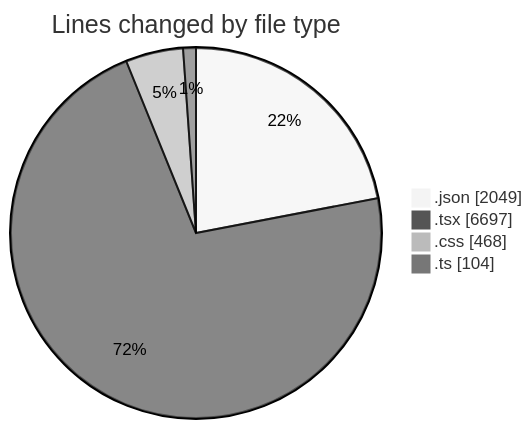
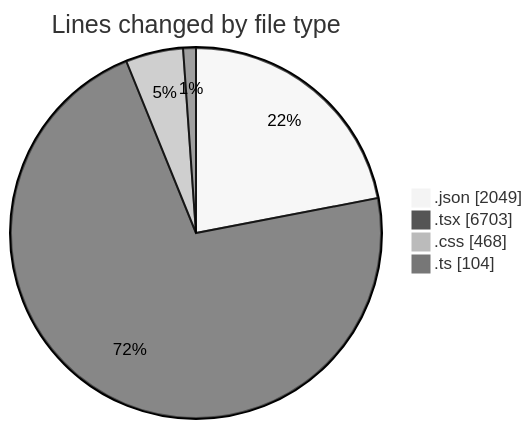
The first of 2 diagrams in 2025-08-14/ribbon/README.md (EIIisD/code-tracking), drawn with Mermaid (neutral theme) before and after one commit. The commit also changed other lines of this file and 1 other file, not shown here.

````diff
--- a/2025-08-14/ribbon/README.md
+++ b/2025-08-14/ribbon/README.md
@@ -29,8 +29,8 @@
 ```mermaid
 pie showData
 title Lines changed by file type
 ".json" : 2049
-".tsx" : 6697
+".tsx" : 6703
 ".css" : 468
 ".ts" : 104
 ```
````
